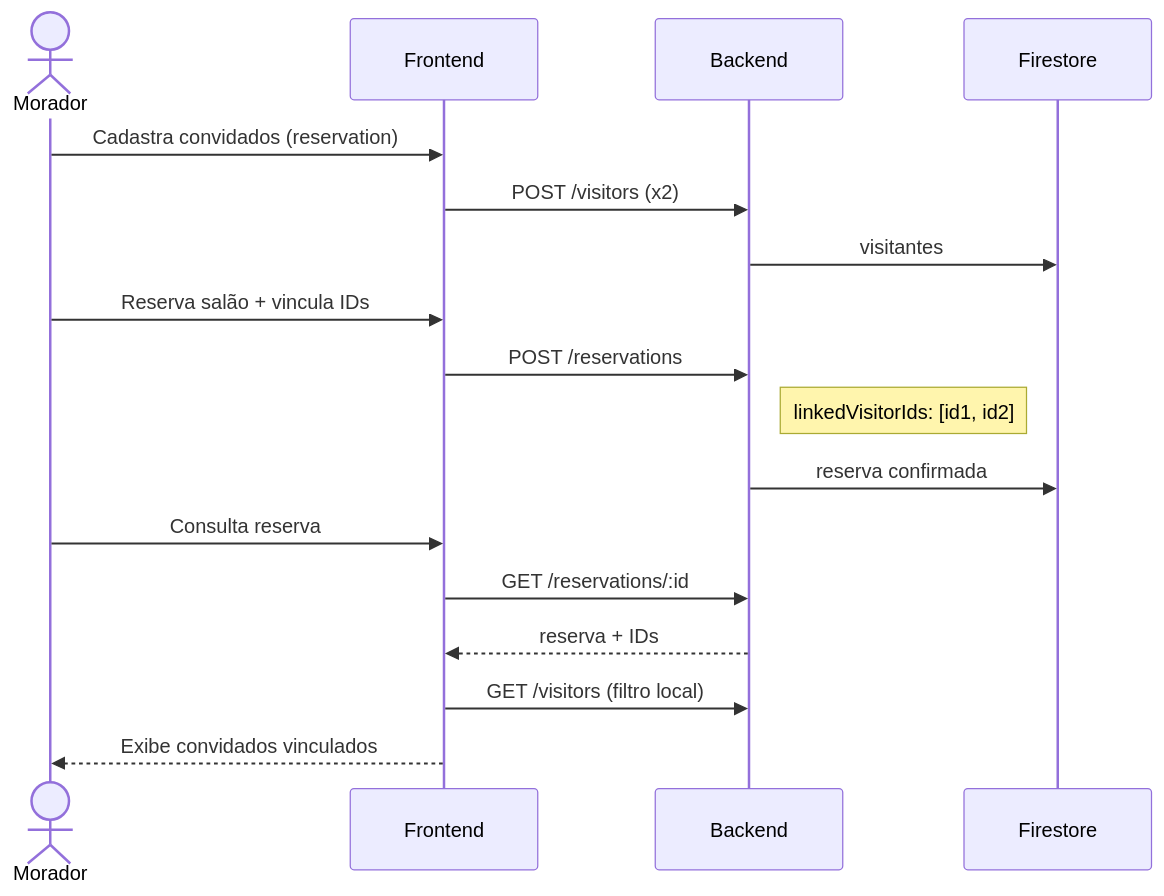
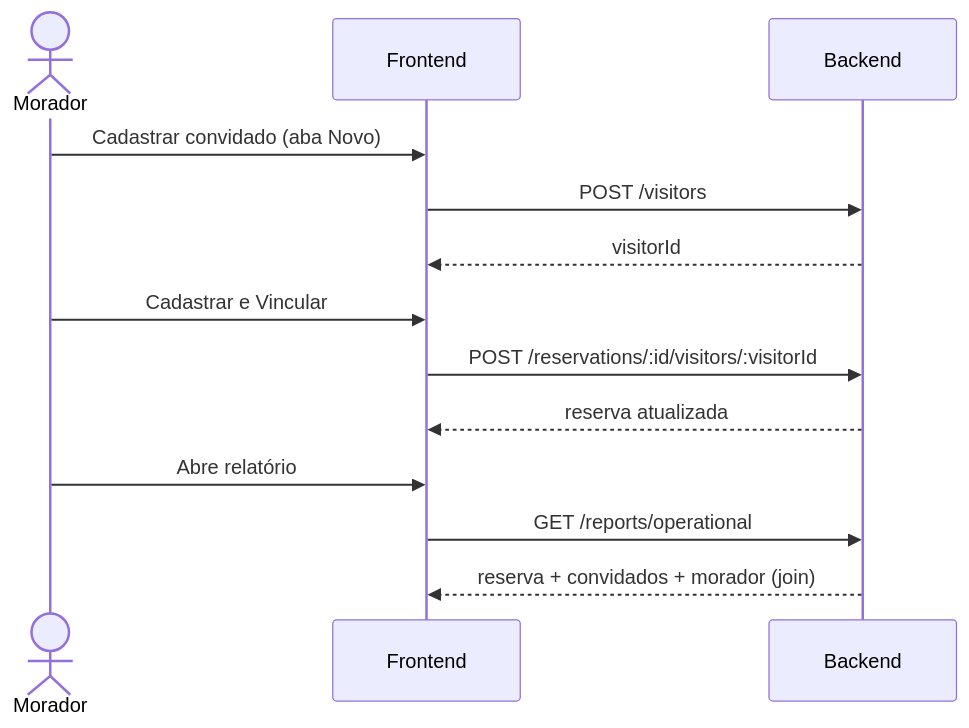
Before and after one commit to vyzin-app/vyzin: the fifth of 6 diagrams in docs/CASOS_DE_USO.md, drawn with Mermaid. The commit also changed other lines of this file and 9 other files, not shown here.

````diff
--- a/docs/CASOS_DE_USO.md
+++ b/docs/CASOS_DE_USO.md
@@ -305,22 +224,18 @@
 ```mermaid
 sequenceDiagram
   actor M as Morador
   participant FE as Frontend
   participant API as Backend
-  participant DB as Firestore
 
-  M->>FE: Cadastra convidados (reservation)
-  FE->>API: POST /visitors (x2)
-  API->>DB: visitantes
+  M->>FE: Cadastrar convidado (aba Novo)
+  FE->>API: POST /visitors
+  API-->>FE: visitorId
 
-  M->>FE: Reserva salão + vincula IDs
-  FE->>API: POST /reservations
-  Note right of API: linkedVisitorIds: [id1, id2]
-  API->>DB: reserva confirmada
+  M->>FE: Cadastrar e Vincular
+  FE->>API: POST /reservations/:id/visitors/:visitorId
+  API-->>FE: reserva atualizada
 
-  M->>FE: Consulta reserva
-  FE->>API: GET /reservations/:id
-  API-->>FE: reserva + IDs
-  FE->>API: GET /visitors (filtro local)
-  FE-->>M: Exibe convidados vinculados
+  M->>FE: Abre relatório
+  FE->>API: GET /reports/operational
+  API-->>FE: reserva + convidados + morador (join)
 ```
````
